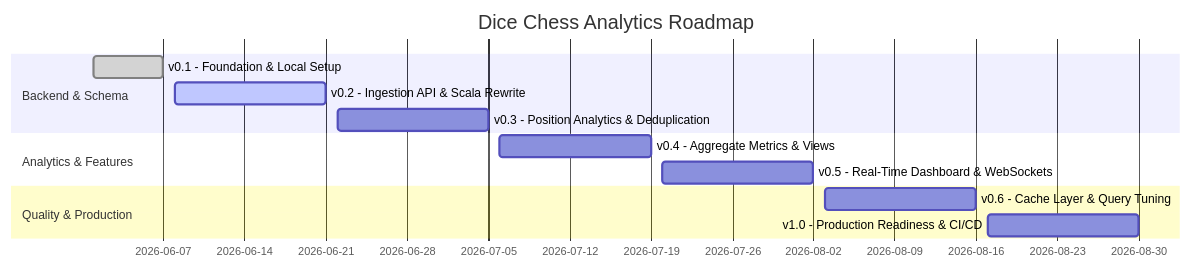
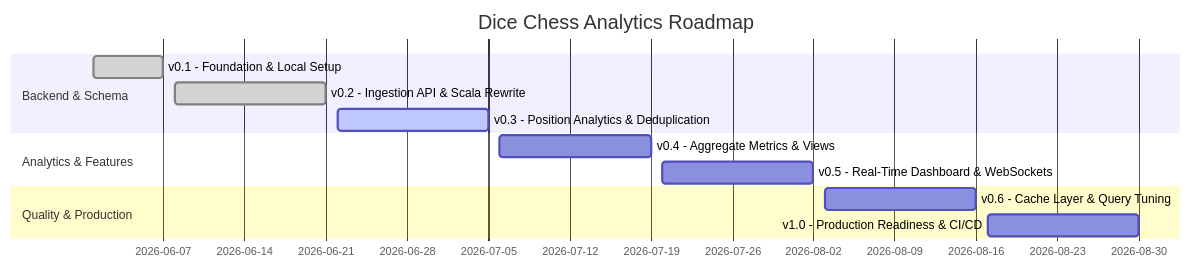
The diagram in docs/src/content/docs/milestones.md (rabestro/dicechess-analytics), drawn with Mermaid before and after one commit. The commit also changed other lines of this file and 3 other files, not shown here.

Commit message:
docs: Update milestone status and clarify schema constraints

````diff
--- a/docs/src/content/docs/milestones.md
+++ b/docs/src/content/docs/milestones.md
@@ -14,15 +14,15 @@
 ```mermaid
 gantt
     title Dice Chess Analytics Roadmap
     dateFormat  YYYY-MM-DD
     section Backend & Schema
     v0.1 - Foundation & Local Setup         :done,    des1, 2026-06-01, 2026-06-07
-    v0.2 - Ingestion API & Scala Rewrite      :active,  des2, 2026-06-08, 2026-06-21
-    v0.3 - Position Analytics & Deduplication :         des3, 2026-06-22, 2026-07-05
+    v0.2 - Ingestion API & Scala Rewrite      :done,    des2, 2026-06-08, 2026-06-21
+    v0.3 - Position Analytics & Deduplication :active,  des3, 2026-06-22, 2026-07-05
     section Analytics & Features
     v0.4 - Aggregate Metrics & Views         :         des4, 2026-07-06, 2026-07-19
     v0.5 - Real-Time Dashboard & WebSockets  :         des5, 2026-07-20, 2026-08-02
     section Quality & Production
     v0.6 - Cache Layer & Query Tuning        :         des6, 2026-08-03, 2026-08-16
     v1.0 - Production Readiness & CI/CD      :         des7, 2026-08-17, 2026-08-30
 ```
````
